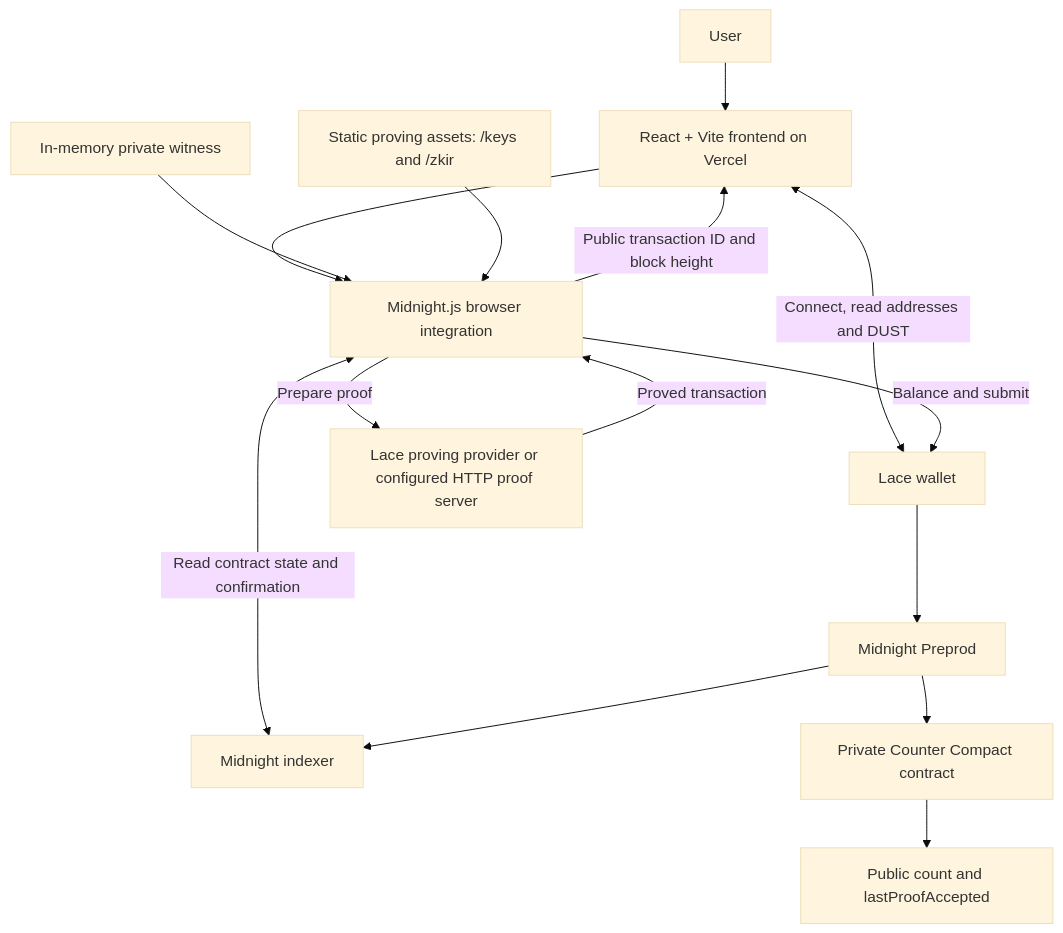
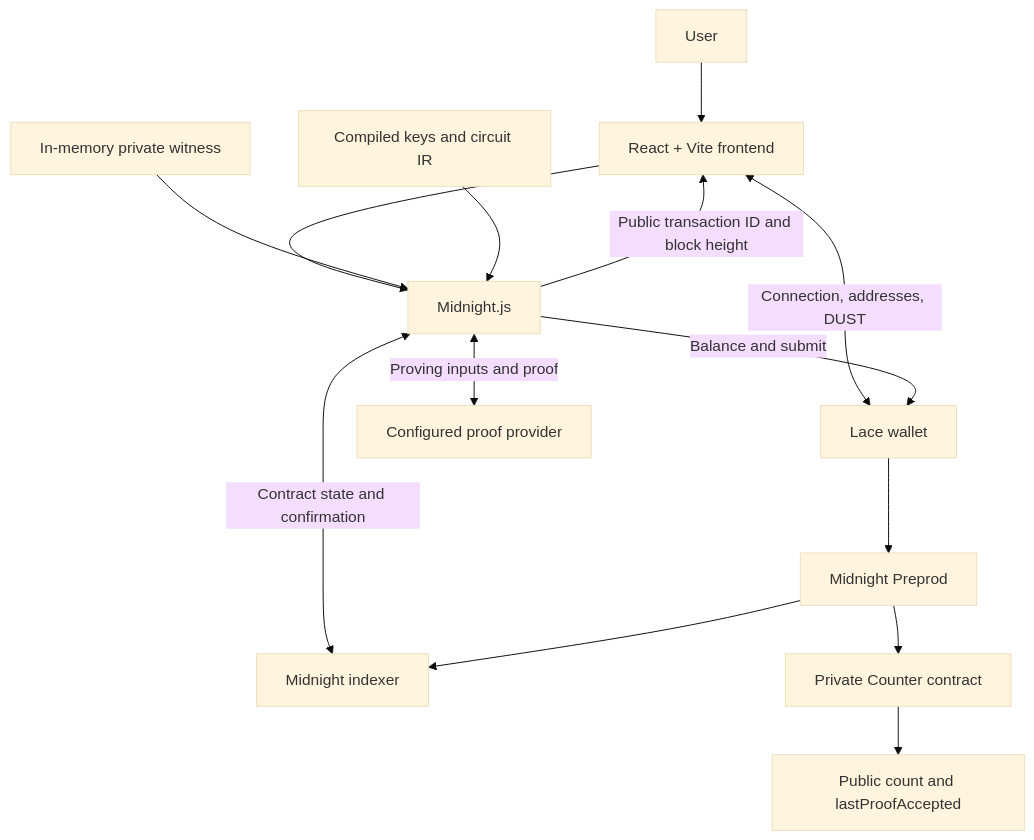
Before and after one commit to ashuujha/midnight-private-counter: the diagram in README.md, drawn with Mermaid (base theme). The commit also changed other lines of this file and 3 other files, not shown here.

````diff
--- a/README.md
+++ b/README.md
@@ -60,17 +213,16 @@
 ```mermaid
 flowchart TD
-    User[User] --> UI[React + Vite frontend on Vercel]
-    UI <-->|Connect, read addresses and DUST| Lace[Lace wallet]
-    UI --> SDK[Midnight.js browser integration]
-    Memory[In-memory private witness] --> SDK
-    Assets[Static proving assets: /keys and /zkir] --> SDK
-    SDK <-->|Read contract state and confirmation| Indexer[Midnight indexer]
-    SDK -->|Prepare proof| Prover[Lace proving provider or configured HTTP proof server]
-    Prover -->|Proved transaction| SDK
+    User[User] --> UI[React + Vite frontend]
+    UI <-->|Connection, addresses, DUST| Lace[Lace wallet]
+    UI --> SDK[Midnight.js]
+    Witness[In-memory private witness] --> SDK
+    Assets[Compiled keys and circuit IR] --> SDK
+    SDK <-->|Contract state and confirmation| Indexer[Midnight indexer]
+    SDK <-->|Proving inputs and proof| Prover[Configured proof provider]
     SDK -->|Balance and submit| Lace
-    Lace --> Network[Midnight Preprod]
-    Network --> Contract[Private Counter Compact contract]
-    Contract --> Ledger[Public count and lastProofAccepted]
-    Network --> Indexer
+    Lace --> Chain[Midnight Preprod]
+    Chain --> Contract[Private Counter contract]
+    Contract --> State[Public count and lastProofAccepted]
+    Chain --> Indexer
     SDK -->|Public transaction ID and block height| UI
 ```
````
